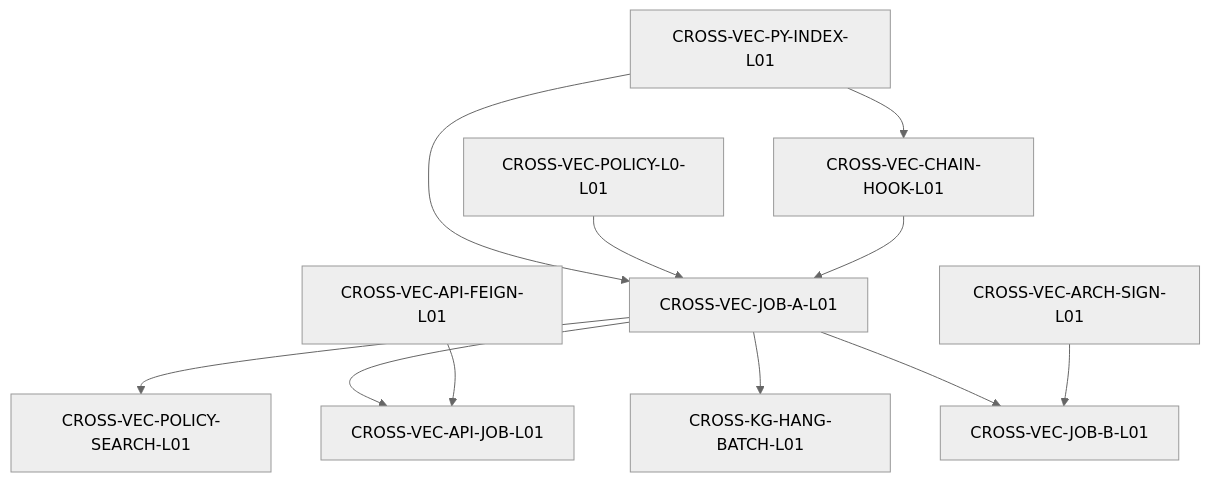
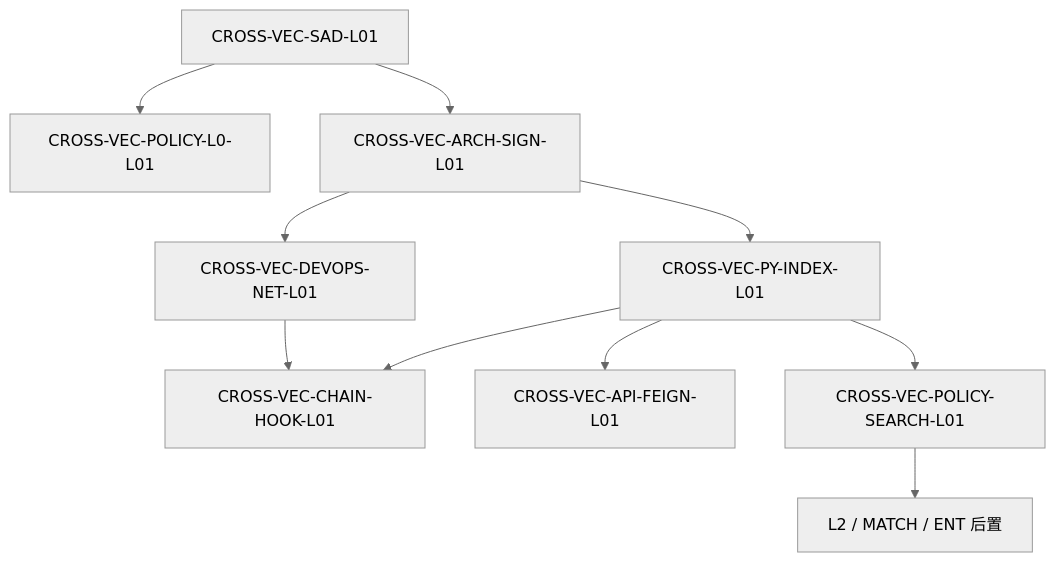
The diagram in agent-delivery/agent-handoffs/产品整体定义/跨系统-向量库/派单/README.md (Marisolebxf/-), drawn with Mermaid (neutral theme) before and after one commit. The commit also changed other lines of this file and 1 other file, not shown here.

First line of the commit message:
chore(registry): CROSS-VEC SAD 扇出 depends_on

````diff
--- a/agent-delivery/agent-handoffs/产品整体定义/跨系统-向量库/派单/README.md
+++ b/agent-delivery/agent-handoffs/产品整体定义/跨系统-向量库/派单/README.md
@@ -23,23 +21,21 @@
 ```mermaid
 flowchart TD
+  SAD[CROSS-VEC-SAD-L01]
+  L0[CROSS-VEC-POLICY-L0-L01]
+  SIGN[CROSS-VEC-ARCH-SIGN-L01]
+  NET[CROSS-VEC-DEVOPS-NET-L01]
   PY[CROSS-VEC-PY-INDEX-L01]
-  L0[CROSS-VEC-POLICY-L0-L01]
   HOOK[CROSS-VEC-CHAIN-HOOK-L01]
   FEIGN[CROSS-VEC-API-FEIGN-L01]
-  SIGN[CROSS-VEC-ARCH-SIGN-L01]
-  JOBA[CROSS-VEC-JOB-A-L01]
   SEARCH[CROSS-VEC-POLICY-SEARCH-L01]
-  APIJOB[CROSS-VEC-API-JOB-L01]
-  HANG[CROSS-KG-HANG-BATCH-L01]
-  JOBB[CROSS-VEC-JOB-B-L01]
+  L2[L2 / MATCH / ENT 后置]
+  SAD --> L0
+  SAD --> SIGN
+  SIGN --> NET
+  SIGN --> PY
+  NET --> HOOK
   PY --> HOOK
-  PY --> JOBA
-  L0 --> JOBA
-  HOOK --> JOBA
-  JOBA --> SEARCH
-  JOBA --> APIJOB
-  FEIGN --> APIJOB
-  JOBA --> HANG
-  JOBA --> JOBB
-  SIGN --> JOBB
+  PY --> FEIGN
+  PY --> SEARCH
+  SEARCH --> L2
 ```
````
